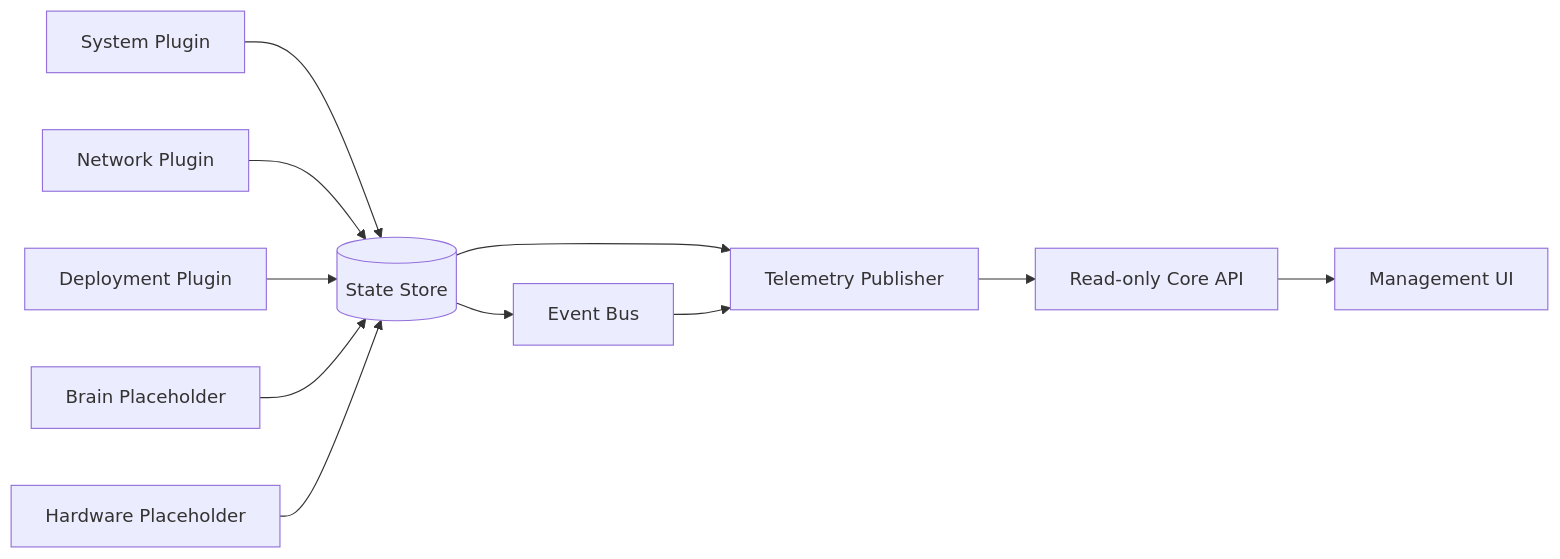
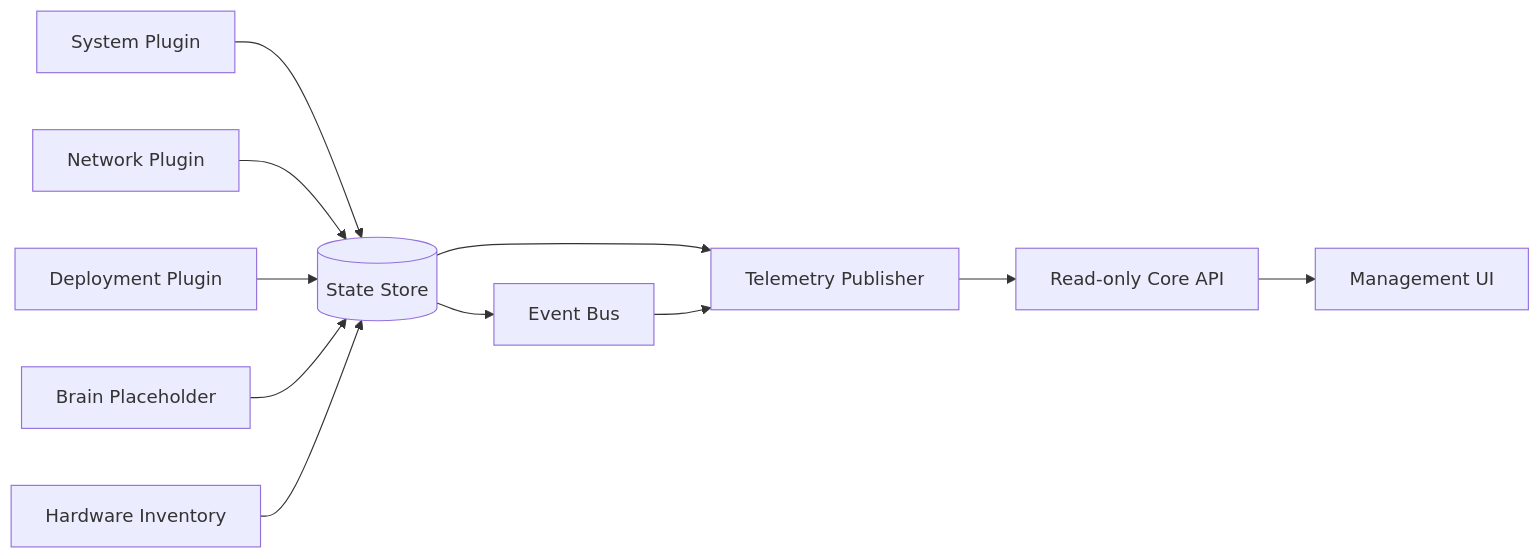
One commit to Jhdgkss/BX1_Robot changed the first of 2 diagrams in Documentation/BX1_OS_CORE.md. Above: the diagram before and after it, drawn with Mermaid. The commit also changed other lines of this file and 39 other files, not shown here.

````diff
--- a/Documentation/BX1_OS_CORE.md
+++ b/Documentation/BX1_OS_CORE.md
@@ -15,24 +16,24 @@
 ```mermaid
 flowchart LR
     system[System Plugin]
     network[Network Plugin]
     deployment[Deployment Plugin]
     brain[Brain Placeholder]
-    hardware[Hardware Placeholder]
+    hardware[Hardware Inventory]
     state[(State Store)]
     events[Event Bus]
     telemetry[Telemetry Publisher]
     api[Read-only Core API]
     ui[Management UI]
 
     system --> state
     network --> state
     deployment --> state
     brain --> state
     hardware --> state
     state --> events
     state --> telemetry
     events --> telemetry
     telemetry --> api
     api --> ui
 ```
````
